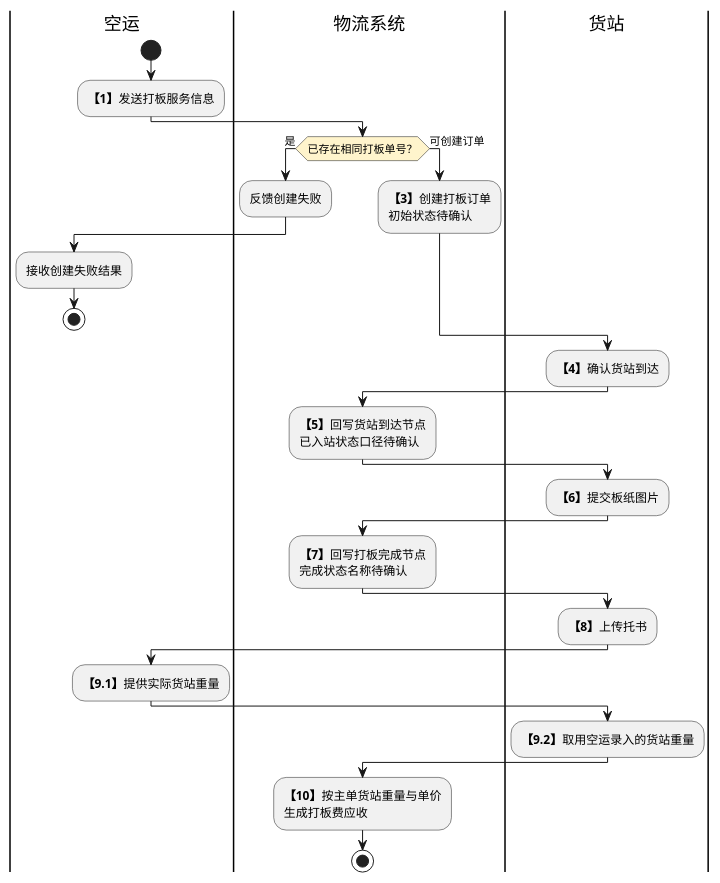
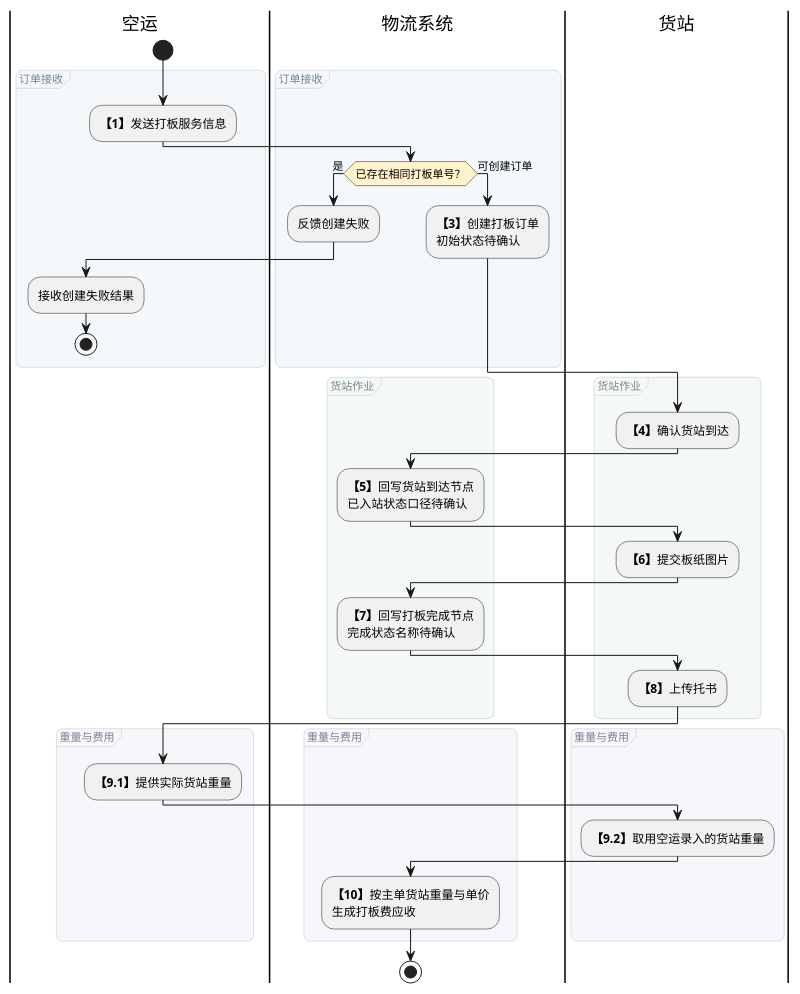
Before and after one commit to jack888332/projects-doc: the third of 3 diagrams in product-caliber/goldjet/segmented-prd/PRD.高捷物流系统一期.第021篇.航晟货站打板.B42F0635C9.md, drawn with PlantUML. The commit also changed other lines of this file and 16 other files, not shown here.

Commit message:
给DSL图分组

````diff
--- a/product-caliber/goldjet/segmented-prd/PRD.高捷物流系统一期.第021篇.航晟货站打板.B42F0635C9.md
+++ b/product-caliber/goldjet/segmented-prd/PRD.高捷物流系统一期.第021篇.航晟货站打板.B42F0635C9.md
@@ -115,35 +131,53 @@
 ```plantuml
 @startuml goldjet-021-pallet-order-processing
 skinparam activityDiamondBackgroundColor #FFF4CC
+<style>
+activityDiagram {
+  group {
+    LineColor #CAD5DA
+    LineThickness 0.7
+    RoundCorner 12
+    FontColor #78848D
+    FontSize 11
+    FontStyle plain
+  }
+}
+</style>
 |空运|
 start
-:**【1】**发送打板服务信息;
-|物流系统|
-if (已存在相同打板单号？) then (是)
-  :反馈创建失败;
+group 订单接收 #F4F8FA {
+  :**【1】**发送打板服务信息;
+  |物流系统|
+  if (已存在相同打板单号？) then (是)
+    :反馈创建失败;
+    |空运|
+    :接收创建失败结果;
+    stop
+  else (可创建订单)
+    |物流系统|
+    :**【3】**创建打板订单\n初始状态待确认;
+  endif
+}
+group 货站作业 #F5F9F6 {
+  |货站|
+  :**【4】**确认货站到达;
+  |物流系统|
+  :**【5】**回写货站到达节点\n已入站状态口径待确认;
+  |货站|
+  :**【6】**提交板纸图片;
+  |物流系统|
+  :**【7】**回写打板完成节点\n完成状态名称待确认;
+  |货站|
+  :**【8】**上传托书;
+}
+group 重量与费用 #F8F6FA {
   |空运|
-  :接收创建失败结果;
-  stop
-else (可创建订单)
+  :**【9.1】**提供实际货站重量;
+  |货站|
+  :**【9.2】**取用空运录入的货站重量;
   |物流系统|
-  :**【3】**创建打板订单\n初始状态待确认;
-endif
-|货站|
-:**【4】**确认货站到达;
-|物流系统|
-:**【5】**回写货站到达节点\n已入站状态口径待确认;
-|货站|
-:**【6】**提交板纸图片;
-|物流系统|
-:**【7】**回写打板完成节点\n完成状态名称待确认;
-|货站|
-:**【8】**上传托书;
-|空运|
-:**【9.1】**提供实际货站重量;
-|货站|
-:**【9.2】**取用空运录入的货站重量;
-|物流系统|
-:**【10】**按主单货站重量与单价\n生成打板费应收;
+  :**【10】**按主单货站重量与单价\n生成打板费应收;
+}
 stop
 @enduml
 ```
````
